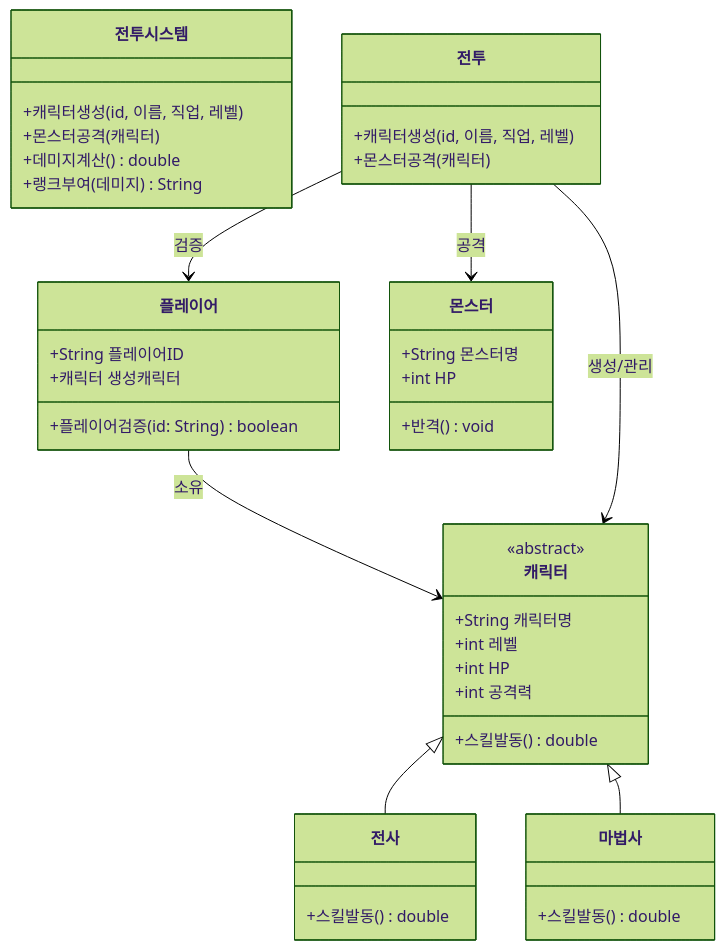
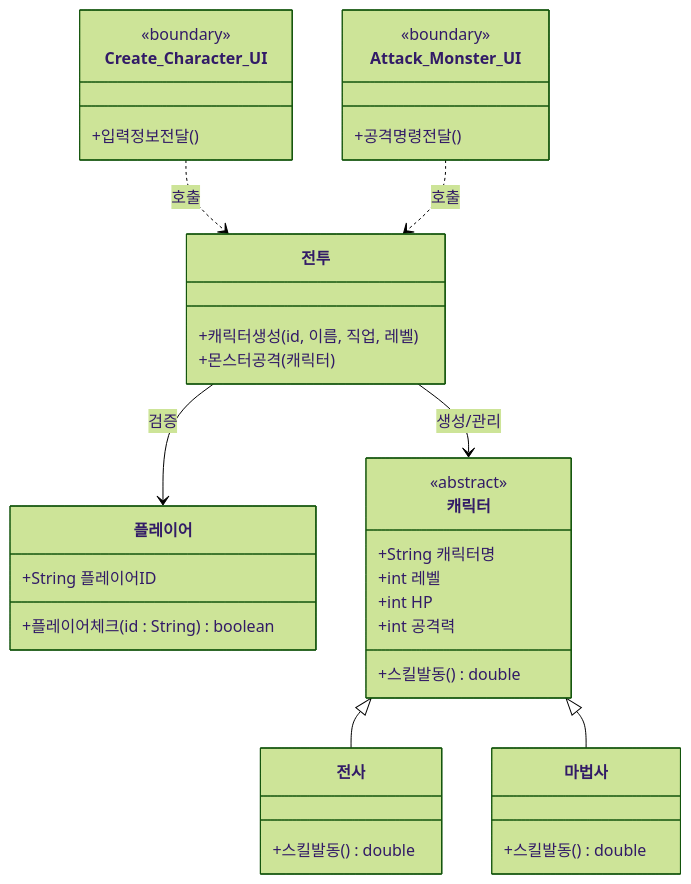
Before and after one commit to Soobin-Choi22/DnF_Battle_C_03: the diagram in ClassDiaram.md, drawn with Mermaid (forest theme). The commit also changed other lines of this file and 3 other files, not shown here.

````diff
--- a/ClassDiaram.md
+++ b/ClassDiaram.md
@@ -3,54 +3,51 @@
 ```mermaid
 classDiagram
 
+    class Create_Character_UI {
+        <<boundary>>
+        +입력정보전달()
+    }
+
+    class Attack_Monster_UI {
+        <<boundary>>
+        +공격명령전달()
+    }
+
     class 플레이어 {
         +String 플레이어ID
-        +캐릭터 생성캐릭터
-        +플레이어검증(id: String) boolean
+        +플레이어체크(id : String) boolean
     }
 
     class 캐릭터 {
         <<abstract>>
         +String 캐릭터명
         +int 레벨
         +int HP
         +int 공격력
         +스킬발동() double
     }
 
     class 전사 {
         +스킬발동() double
     }
 
     class 마법사 {
         +스킬발동() double
     }
 
-    class 전투시스템 {
+    class 전투 {
         +캐릭터생성(id, 이름, 직업, 레벨)
         +몬스터공격(캐릭터)
-        +데미지계산() double
-        +랭크부여(데미지) String
-    }
-
-     class 전투 {
-        +캐릭터생성(id, 이름, 직업, 레벨)
-        +몬스터공격(캐릭터)
-    }
-
-    class 몬스터 {
-        +String 몬스터명
-        +int HP
-        +반격() void
     }
 
     %% 상속 관계
     캐릭터 <|-- 전사
     캐릭터 <|-- 마법사
 
     %% 연관 관계
-    플레이어 --> 캐릭터 : 소유
-     전투 --> 플레이어 : 검증
+    Create_Character_UI ..> 전투 : 호출
+    Attack_Monster_UI ..> 전투 : 호출
+
+    전투 --> 플레이어 : 검증
     전투 --> 캐릭터 : 생성/관리
-    전투 --> 몬스터 : 공격
 ```
````
